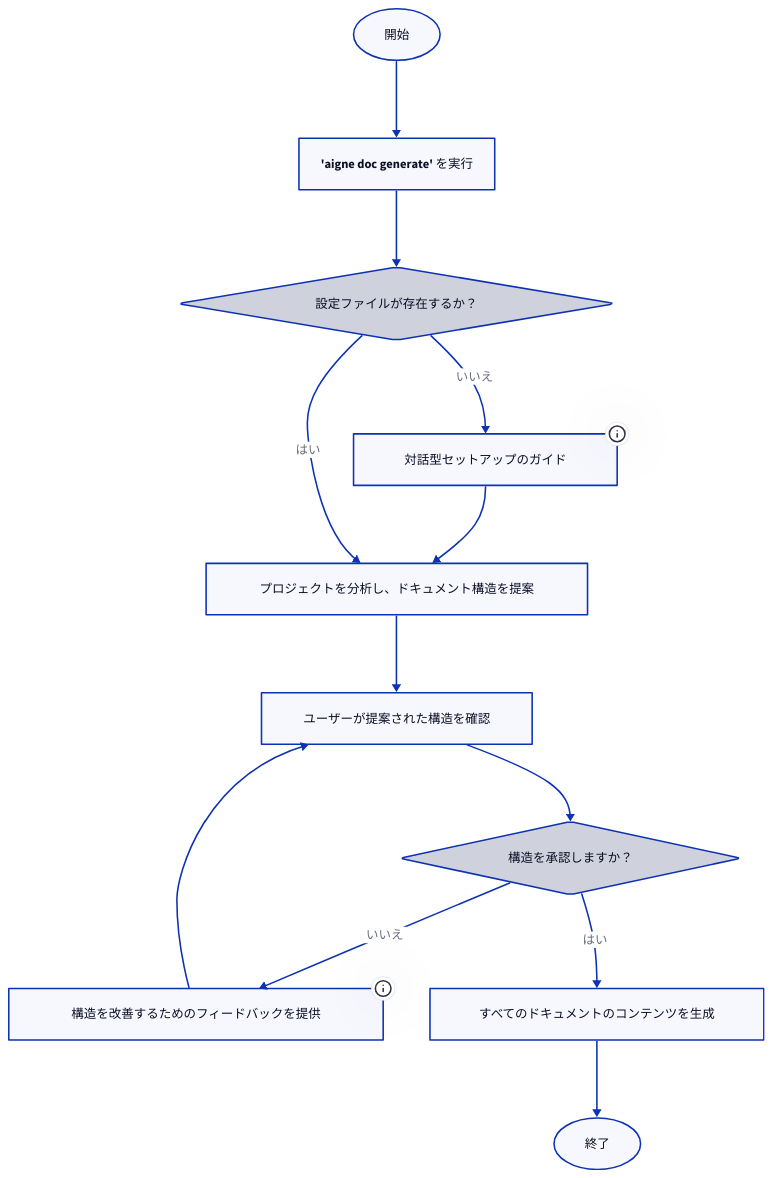
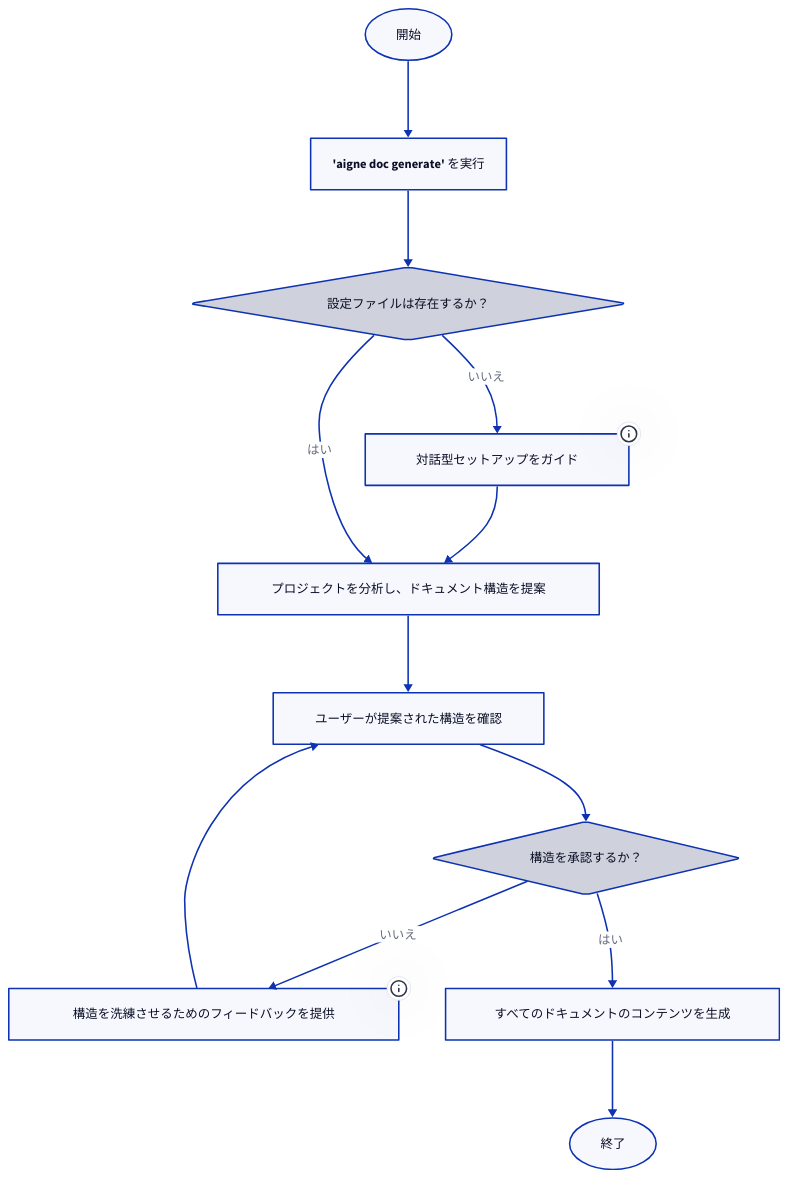
One commit to AIGNE-io/aigne-doc-smith changed the diagram in docs/guides-generating-documentation.ja.md. Above: the diagram before and after it, drawn with D2. The commit also changed other lines of this file and 25 other files, not shown here.

````diff
--- a/docs/guides-generating-documentation.ja.md
+++ b/docs/guides-generating-documentation.ja.md
@@ -11,75 +11,75 @@
 ```d2
 direction: down
 
 start: {
   label: "開始"
   shape: oval
 }
 
 run_command: {
   label: "'aigne doc generate' を実行"
   shape: rectangle
 }
 
 check_config: {
-  label: "設定ファイルが存在するか？"
+  label: "設定ファイルは存在するか？"
   shape: diamond
 }
 
 interactive_setup: {
-  label: "対話型セットアップのガイド"
+  label: "対話型セットアップをガイド"
   shape: rectangle
   tooltip: ".aigne/doc-smith/config.yaml が見つからない場合、対話型セットアップがトリガーされます。"
 }
 
 propose_structure: {
   label: "プロジェクトを分析し、ドキュメント構造を提案"
   shape: rectangle
 }
 
 review_structure: {
   label: "ユーザーが提案された構造を確認"
   shape: rectangle
 }
 
 user_approve: {
-  label: "構造を承認しますか？"
+  label: "構造を承認するか？"
   shape: diamond
 }
 
 provide_feedback: {
-  label: "構造を改善するためのフィードバックを提供"
+  label: "構造を洗練させるためのフィードバックを提供"
   shape: rectangle
-  tooltip: "ユーザーは、セクションの名前の変更、追加、削除などの変更を要求できます。"
+  tooltip: "ユーザーはセクションの名前変更、追加、削除などの変更を要求できます。"
 }
 
 generate_content: {
   label: "すべてのドキュメントのコンテンツを生成"
   shape: rectangle
 }
 
 end: {
   label: "終了"
   shape: oval
 }
 
 start -> run_command
 run_command -> check_config
 check_config -> interactive_setup: {
   label: "いいえ"
 }
 interactive_setup -> propose_structure
 check_config -> propose_structure: {
   label: "はい"
 }
 propose_structure -> review_structure
 review_structure -> user_approve
 user_approve -> provide_feedback: {
   label: "いいえ"
 }
 provide_feedback -> review_structure
 user_approve -> generate_content: {
   label: "はい"
 }
 generate_content -> end
 ```
````
